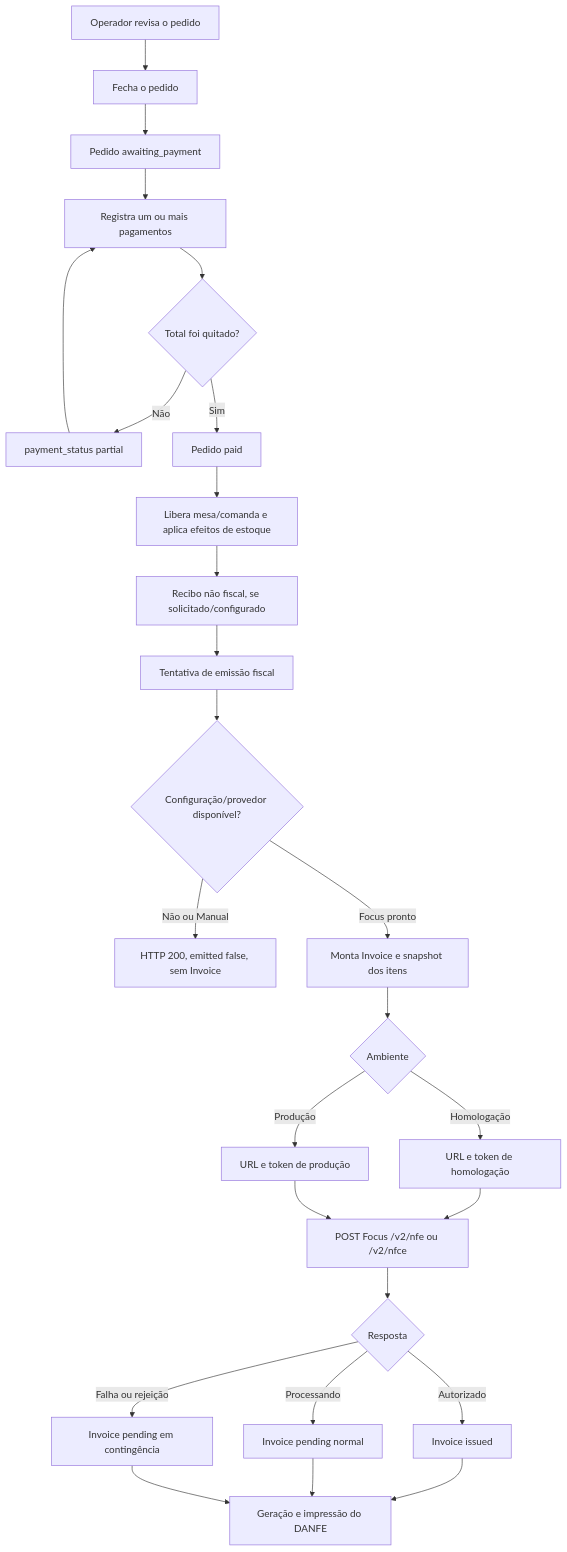
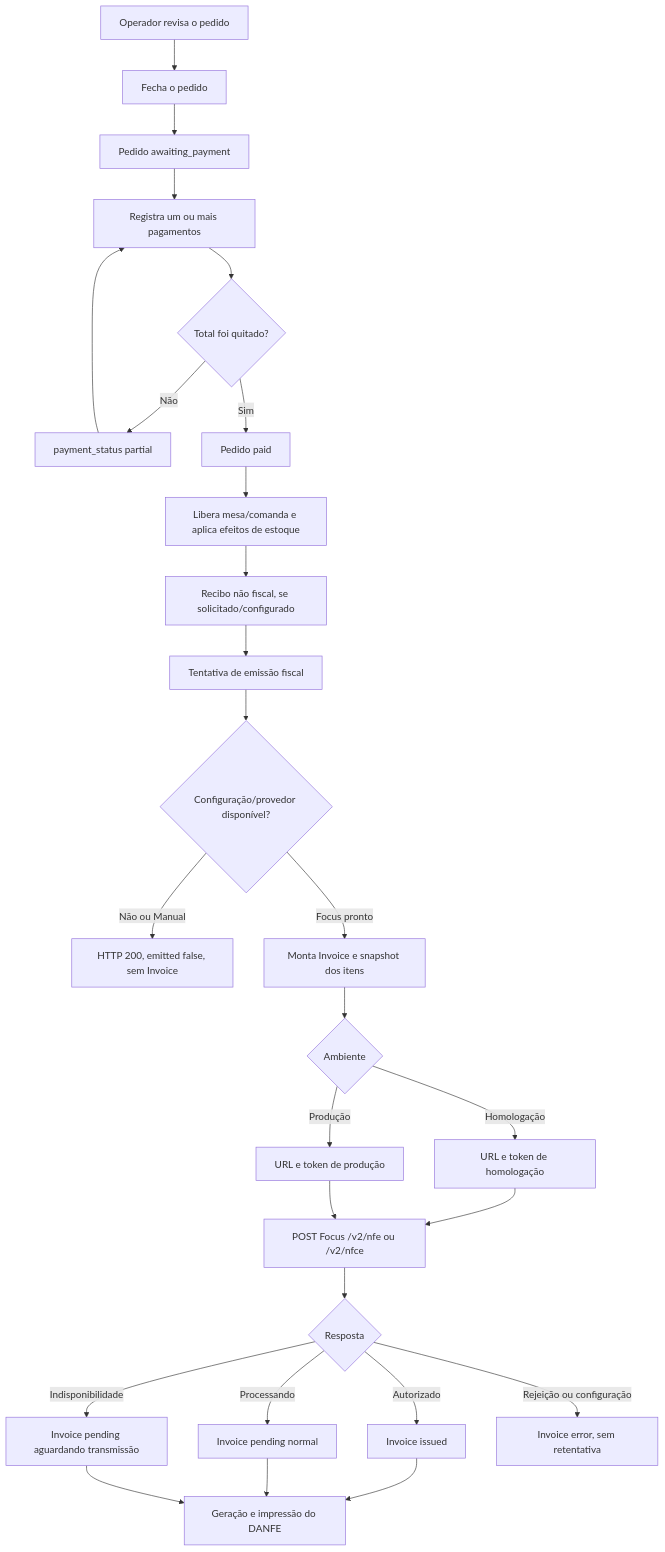
One commit to Matheus-Matta/starchef changed the diagram in docs/FLUXO_PAGAMENTO_EMISSAO_FISCAL.md. Above: the diagram before and after it, drawn with Mermaid. The commit also changed other lines of this file and 24 other files, not shown here.

````diff
--- a/docs/FLUXO_PAGAMENTO_EMISSAO_FISCAL.md
+++ b/docs/FLUXO_PAGAMENTO_EMISSAO_FISCAL.md
@@ -41,28 +48,29 @@
 ```mermaid
 flowchart TD
     A[Operador revisa o pedido] --> B[Fecha o pedido]
     B --> C[Pedido awaiting_payment]
     C --> D[Registra um ou mais pagamentos]
     D --> E{Total foi quitado?}
     E -- Não --> F[payment_status partial]
     F --> D
     E -- Sim --> G[Pedido paid]
     G --> H[Libera mesa/comanda e aplica efeitos de estoque]
     H --> I[Recibo não fiscal, se solicitado/configurado]
     I --> J[Tentativa de emissão fiscal]
     J --> K{Configuração/provedor disponível?}
     K -- Não ou Manual --> L[HTTP 200, emitted false, sem Invoice]
     K -- Focus pronto --> M[Monta Invoice e snapshot dos itens]
     M --> N{Ambiente}
     N -- Homologação --> O[URL e token de homologação]
     N -- Produção --> P[URL e token de produção]
     O --> Q[POST Focus /v2/nfe ou /v2/nfce]
     P --> Q
     Q --> R{Resposta}
     R -- Autorizado --> S[Invoice issued]
     R -- Processando --> T[Invoice pending normal]
-    R -- Falha ou rejeição --> U[Invoice pending em contingência]
+    R -- Indisponibilidade --> U[Invoice pending aguardando transmissão]
+    R -- Rejeição ou configuração --> W[Invoice error, sem retentativa]
     S --> V[Geração e impressão do DANFE]
     T --> V
     U --> V
 ```
````
